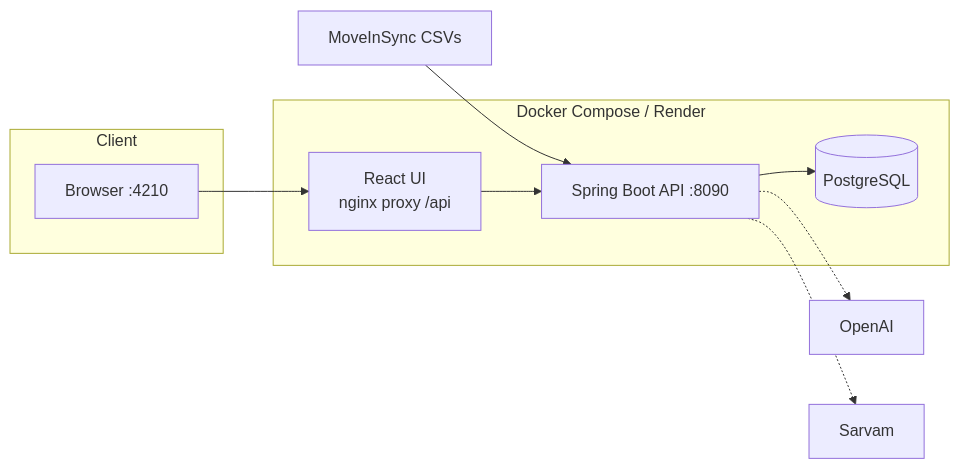
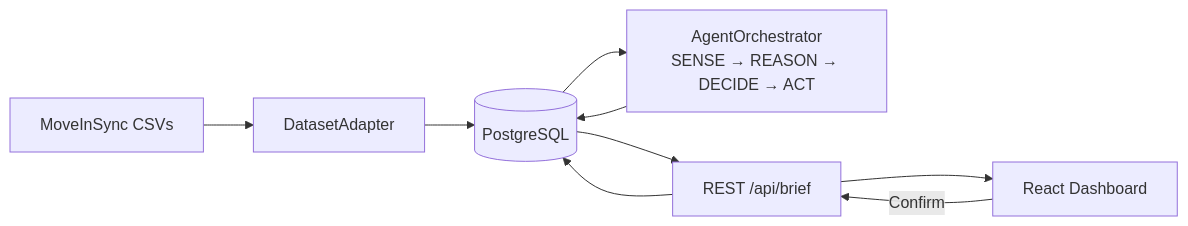
Before and after one commit to ratnesh93/ops_pulse: the first of 2 diagrams in README.md, drawn with Mermaid. The commit also changed other lines of this file, not shown here.

````diff
--- a/README.md
+++ b/README.md
@@ -9,17 +11,11 @@
 ```mermaid
 flowchart LR
-    subgraph Client
-        Browser["Browser :4210"]
-    end
-
-    subgraph Stack["Docker Compose / Render"]
-        FE["React UI<br/>nginx proxy /api"]
-        BE["Spring Boot API :8090"]
-        PG[("PostgreSQL")]
-    end
-
-    CSV["MoveInSync CSVs"] --> BE
-    Browser --> FE --> BE --> PG
-    BE -.-> OpenAI
-    BE -.-> Sarvam
+    CSV["MoveInSync CSVs"] --> INGEST["DatasetAdapter"]
+    INGEST --> PG[("PostgreSQL")]
+    PG --> AGENT["AgentOrchestrator<br/>SENSE → REASON → DECIDE → ACT"]
+    AGENT --> PG
+    PG --> API["REST /api/brief"]
+    API --> UI["React Dashboard"]
+    UI -->|"Confirm"| API
+    API --> PG
 ```
````
